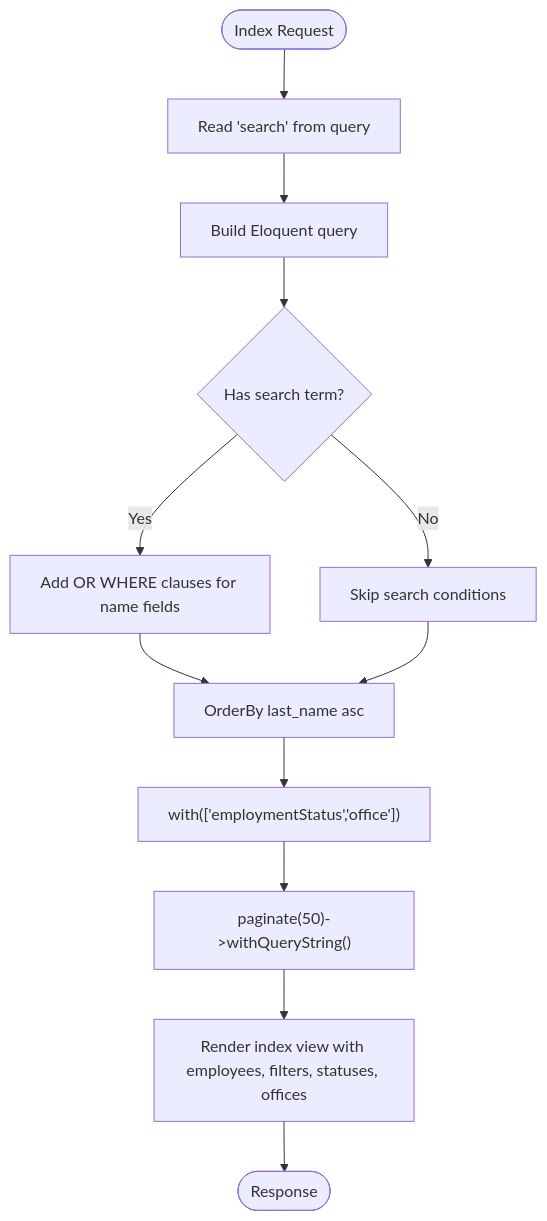
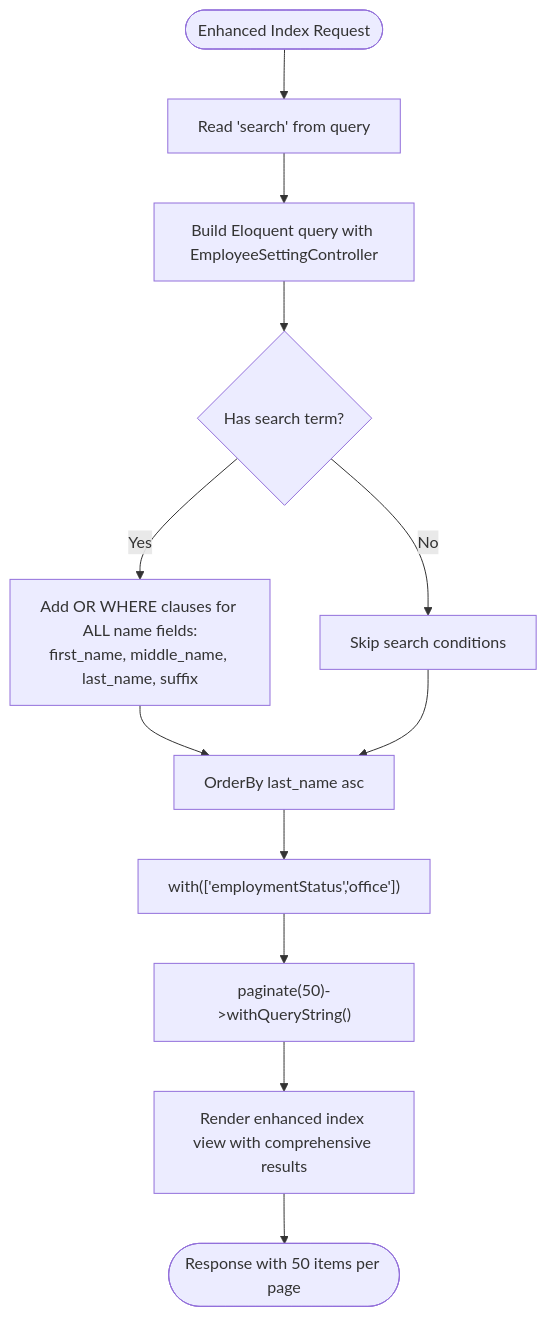
Before and after one commit to vincet0t15/template: the fourth of 8 diagrams in .qoder/repowiki/en/content/Employee Management/Employee CRUD Operations.md, drawn with Mermaid. The commit also changed other lines of this file and 7 other files, not shown here.

````diff
--- a/.qoder/repowiki/en/content/Employee Management/Employee CRUD Operations.md
+++ b/.qoder/repowiki/en/content/Employee Management/Employee CRUD Operations.md
@@ -181,14 +218,14 @@
 ```mermaid
 flowchart TD
-Start(["Index Request"]) --> ReadFilters["Read 'search' from query"]
-ReadFilters --> BuildQuery["Build Eloquent query"]
+Start(["Enhanced Index Request"]) --> ReadFilters["Read 'search' from query"]
+ReadFilters --> BuildQuery["Build Eloquent query with EmployeeSettingController"]
 BuildQuery --> ApplySearch{"Has search term?"}
-ApplySearch --> |Yes| AddWhere["Add OR WHERE clauses for name fields"]
+ApplySearch --> |Yes| AddWhere["Add OR WHERE clauses for ALL name fields:<br/>first_name, middle_name, last_name, suffix"]
 ApplySearch --> |No| SkipWhere["Skip search conditions"]
 AddWhere --> OrderBy["OrderBy last_name asc"]
 SkipWhere --> OrderBy
 OrderBy --> WithRelations["with(['employmentStatus','office'])"]
 WithRelations --> Paginate["paginate(50)->withQueryString()"]
-Paginate --> Render["Render index view with employees, filters, statuses, offices"]
-Render --> End(["Response"])
+Paginate --> Render["Render enhanced index view with comprehensive results"]
+Render --> End(["Response with 50 items per page"])
 ```
````
